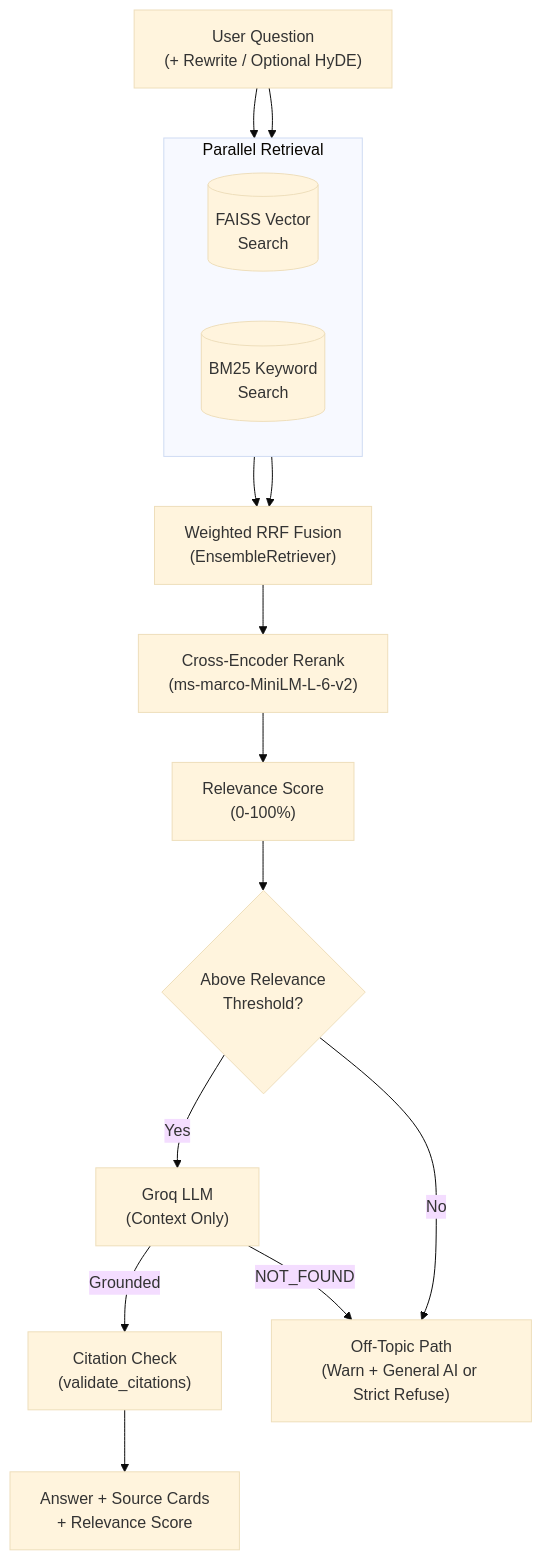
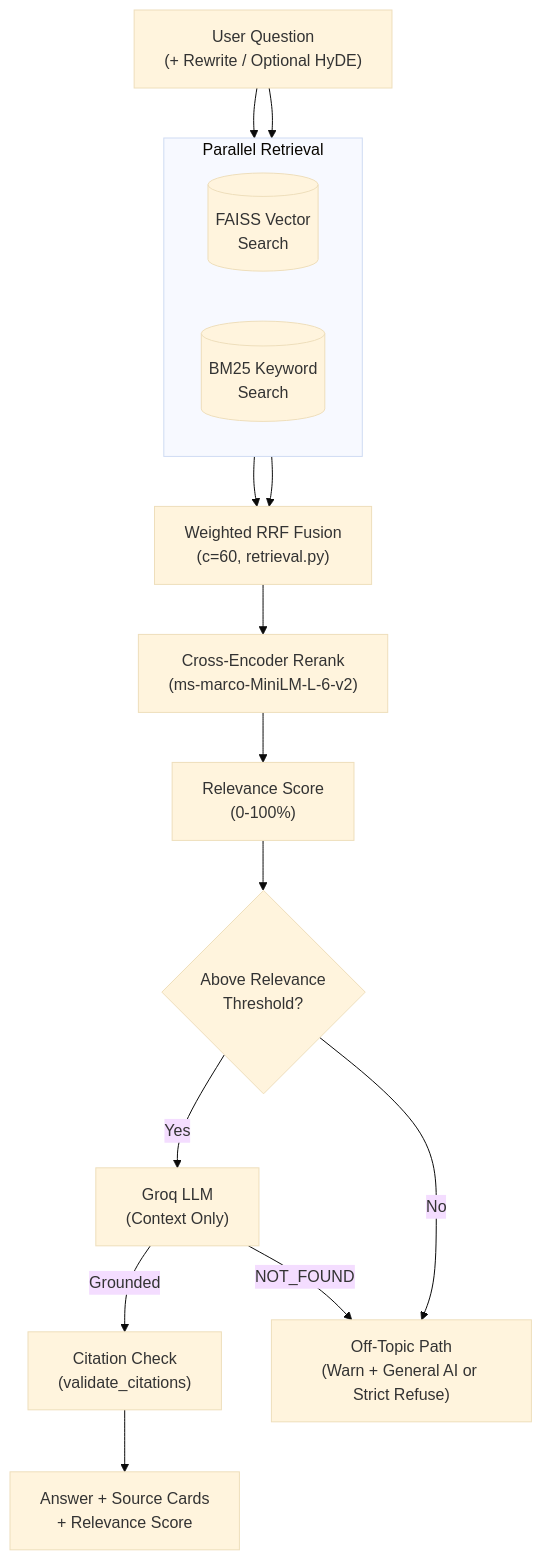
The second of 2 diagrams in README.md (ahemadraza31/veridoc-hybrid-rag), drawn with Mermaid (base theme) before and after one commit. The commit also changed other lines of this file and 4 other files, not shown here.

Commit message:
refactor: harden session persistence, local weighted RRF, explicit Groq API key, and eval gating

````diff
--- a/README.md
+++ b/README.md
@@ -55,20 +55,20 @@
 ```mermaid
 flowchart TB
     Q["User Question\n(+ Rewrite / Optional HyDE)"] --> S
     Q --> K
     subgraph Retrieval ["Parallel Retrieval"]
         direction LR
         S[("FAISS Vector\nSearch")]
         K[("BM25 Keyword\nSearch")]
     end
-    S --> F["Weighted RRF Fusion\n(EnsembleRetriever)"]
+    S --> F["Weighted RRF Fusion\n(c=60, retrieval.py)"]
     K --> F
     F --> R["Cross-Encoder Rerank\n(ms-marco-MiniLM-L-6-v2)"]
     R --> P["Relevance Score\n(0-100%)"]
     P --> G{"Above Relevance\nThreshold?"}
     G -- "Yes" --> L["Groq LLM\n(Context Only)"]
     L -- "Grounded" --> V["Citation Check\n(validate_citations)"]
     V --> O["Answer + Source Cards\n+ Relevance Score"]
     G -- "No" --> N["Off-Topic Path\n(Warn + General AI or Strict Refuse)"]
     L -- "NOT_FOUND" --> N
 ```
````
